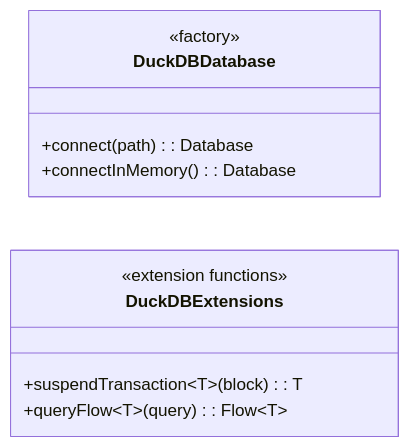
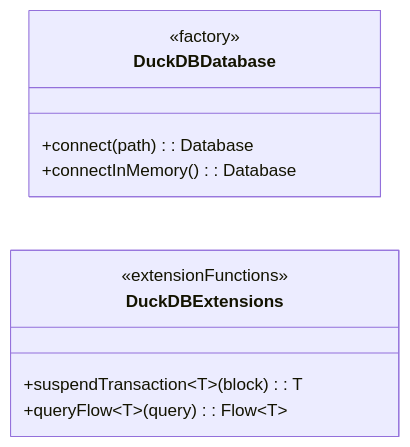
Before and after one commit to bluetape4k/bluetape4k-projects: the first of 2 diagrams in data/exposed-duckdb/README.md, drawn with Mermaid. The commit also changed 95 other files, not shown here.

First line of the commit message:
docs: Mermaid 파서 오류 전체 수정 (IntelliJ IDEA 호환)

````diff
--- a/data/exposed-duckdb/README.md
+++ b/data/exposed-duckdb/README.md
@@ -81,19 +81,15 @@
 ```mermaid
 classDiagram
     direction LR
     class DuckDBDatabase {
         <<factory>>
         +connect(path): Database
         +connectInMemory(): Database
     }
     class DuckDBExtensions {
-        <<extension functions>>
+        <<extensionFunctions>>
         +suspendTransaction~T~(block): T
         +queryFlow~T~(query): Flow~T~
     }
 
-    classDef dbStyle fill:#607D8B
-    classDef serviceStyle fill:#4CAF50
-    class DuckDBDatabase:::dbStyle
-    class DuckDBExtensions:::serviceStyle
 ```
````
